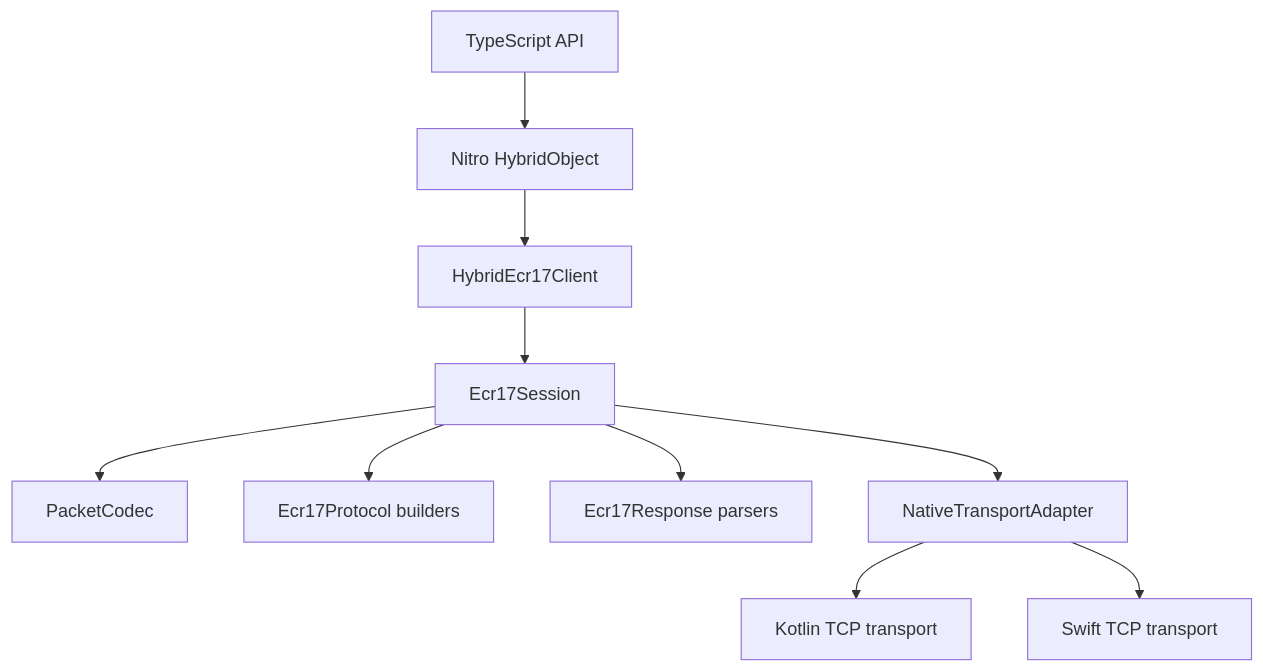
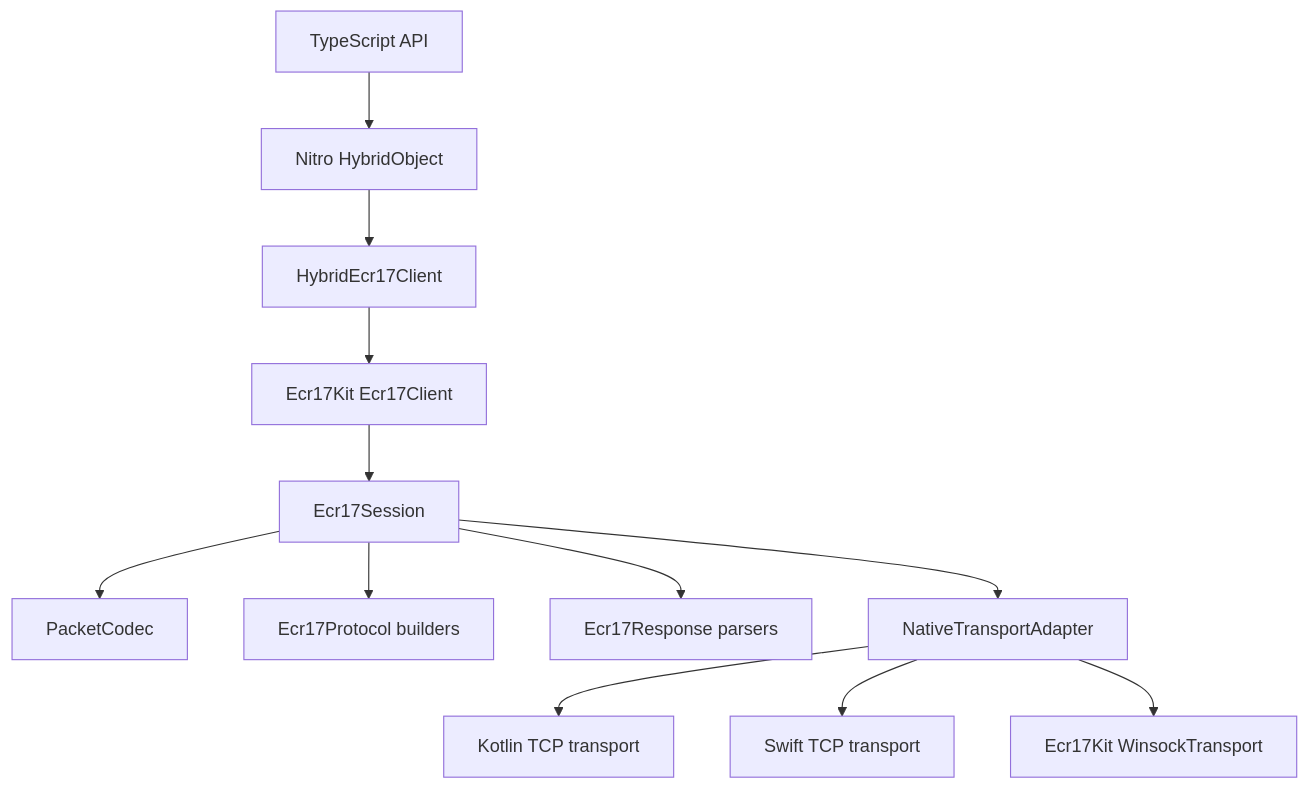
Before and after one commit to padosoft/react-native-ecr17-protocol: the diagram in docs-site/docs/architecture/overview.md, drawn with Mermaid. The commit also changed other lines of this file and 103 other files, not shown here.

````diff
--- a/docs-site/docs/architecture/overview.md
+++ b/docs-site/docs/architecture/overview.md
@@ -10,12 +10,14 @@
 ```mermaid
 flowchart TB
   JS[TypeScript API] --> Nitro[Nitro HybridObject]
-  Nitro --> Client[HybridEcr17Client]
+  Nitro --> Hybrid[HybridEcr17Client]
+  Hybrid --> Client[Ecr17Kit Ecr17Client]
   Client --> Session[Ecr17Session]
   Session --> Codec[PacketCodec]
   Session --> Protocol[Ecr17Protocol builders]
   Session --> Response[Ecr17Response parsers]
   Session --> Adapter[NativeTransportAdapter]
   Adapter --> Android[Kotlin TCP transport]
   Adapter --> IOS[Swift TCP transport]
+  Adapter --> Windows[Ecr17Kit WinsockTransport]
 ```
````
